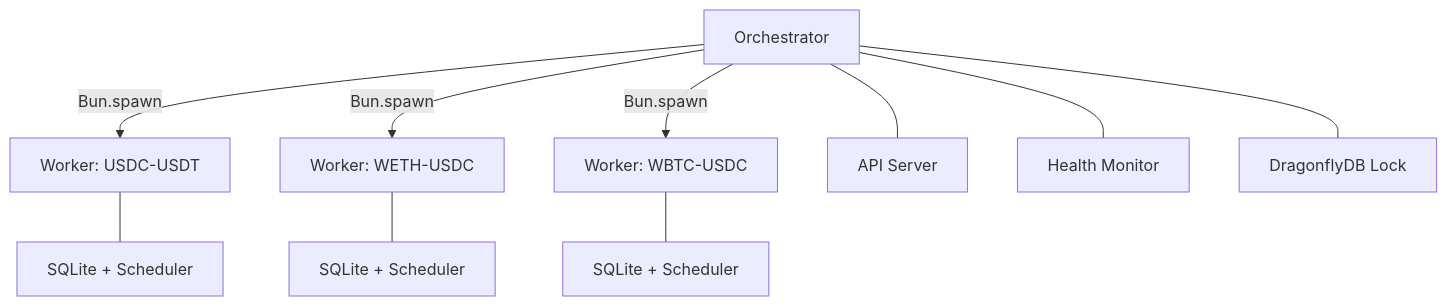
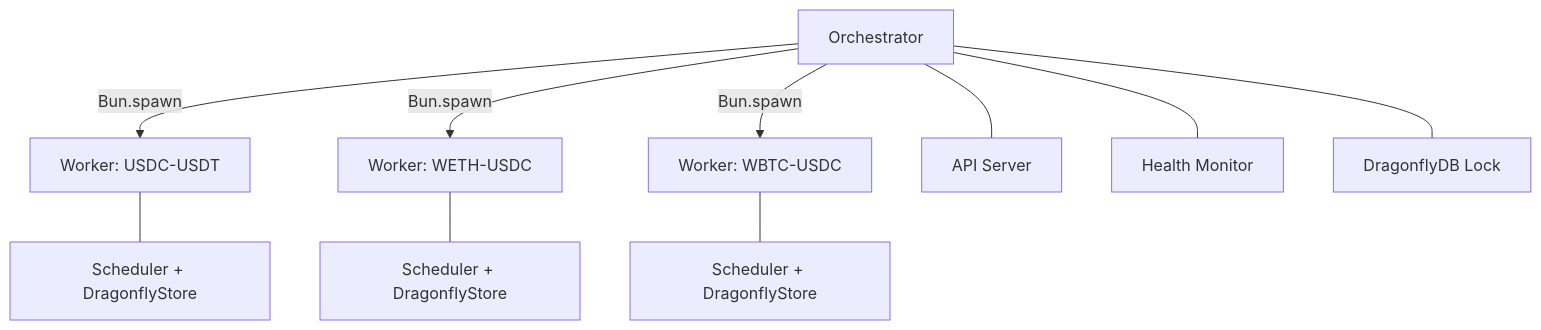
Before and after one commit to btr-supply/light-alm: the first of 2 diagrams in docs/architecture.md, drawn with Mermaid. The commit also changed other lines of this file and 14 other files, not shown here.

First line of the commit message:
docs: replace SQLite references with DragonflyDB and OpenObserve

````diff
--- a/docs/architecture.md
+++ b/docs/architecture.md
@@ -5,12 +5,12 @@
 ```mermaid
 graph TD
     O[Orchestrator] -->|Bun.spawn| W1[Worker: USDC-USDT]
     O -->|Bun.spawn| W2[Worker: WETH-USDC]
     O -->|Bun.spawn| W3[Worker: WBTC-USDC]
     O --- API[API Server]
     O --- HM[Health Monitor]
     O --- DL[DragonflyDB Lock]
-    W1 --- DB1[SQLite + Scheduler]
-    W2 --- DB2[SQLite + Scheduler]
-    W3 --- DB3[SQLite + Scheduler]
+    W1 --- S1[Scheduler + DragonflyStore]
+    W2 --- S2[Scheduler + DragonflyStore]
+    W3 --- S3[Scheduler + DragonflyStore]
 ```
````
